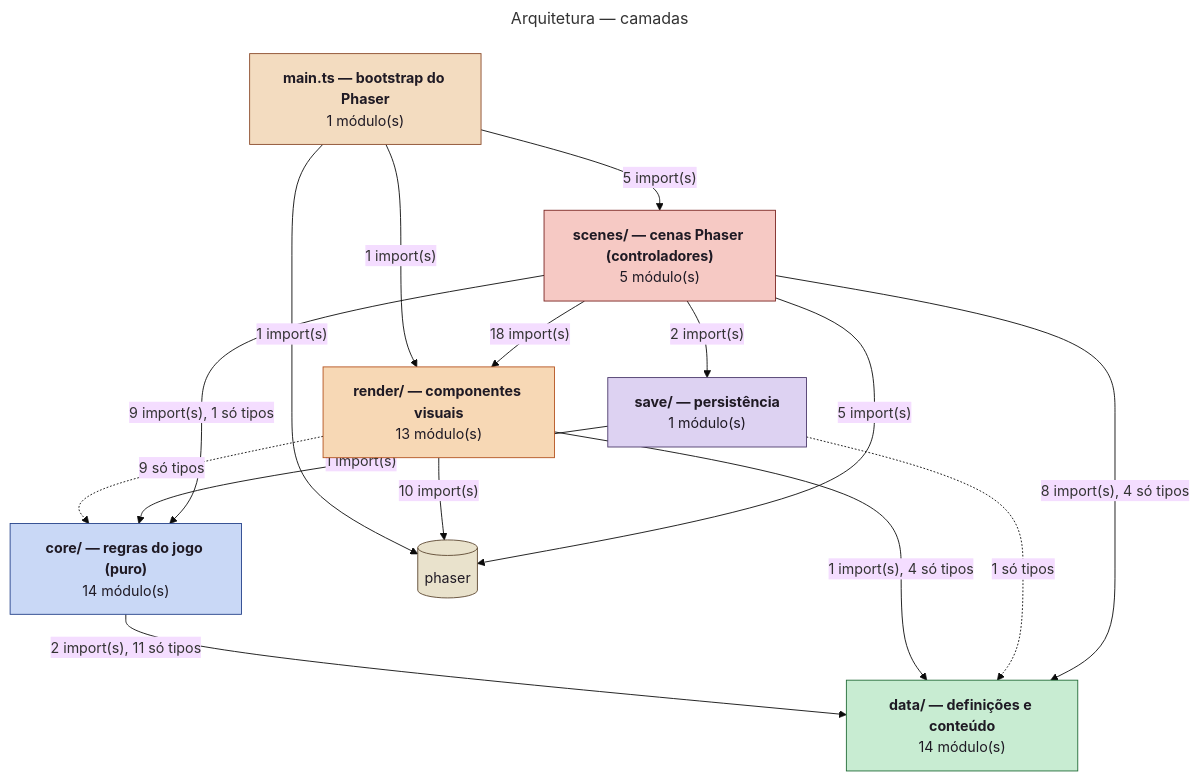
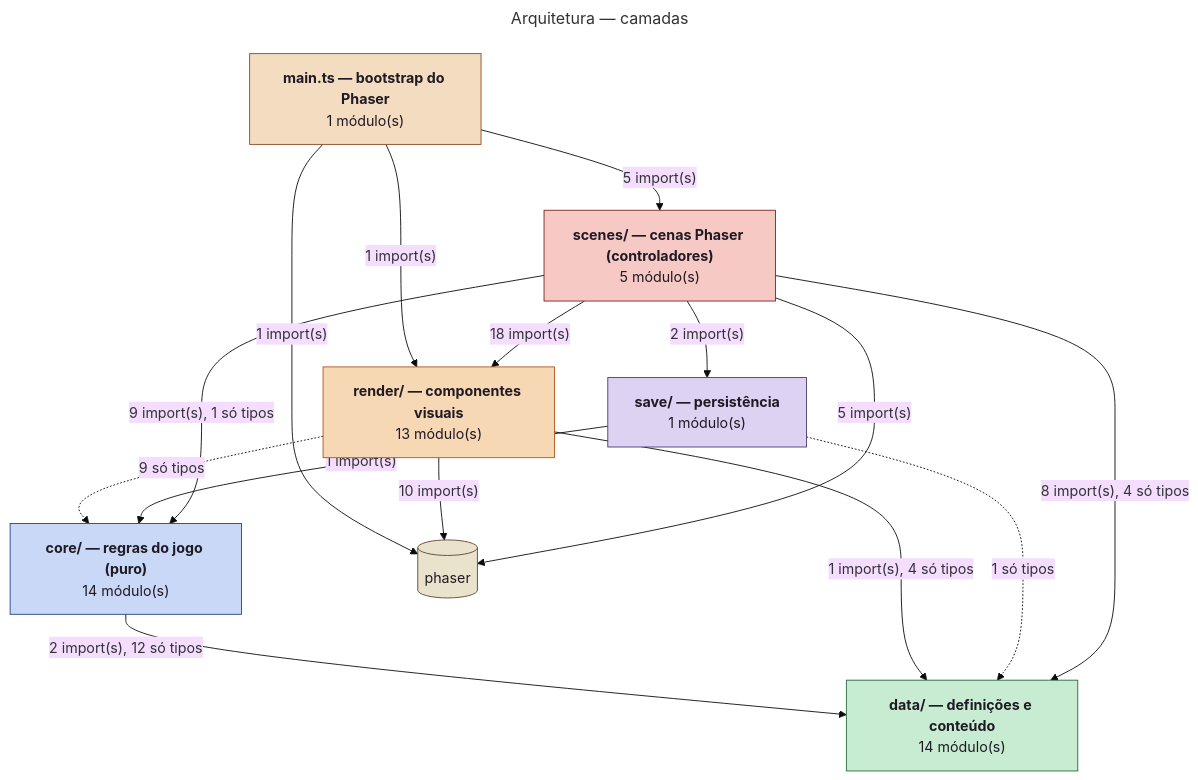
One commit to Pitossomos/fire-crest changed the first of 2 diagrams in docs/diagrams/architecture.md. Above: the diagram before and after it, drawn with Mermaid (base theme). The commit also changed 19 other files, not shown here.

````diff
--- a/docs/diagrams/architecture.md
+++ b/docs/diagrams/architecture.md
@@ -11,34 +11,34 @@
 ```mermaid
 ---
 title: Arquitetura — camadas
 ---
 flowchart TB
   app["<b>main.ts — bootstrap do Phaser</b><br/>1 módulo(s)"]:::layer_app
   scenes["<b>scenes/ — cenas Phaser (controladores)</b><br/>5 módulo(s)"]:::layer_scenes
   render["<b>render/ — componentes visuais</b><br/>13 módulo(s)"]:::layer_render
   core["<b>core/ — regras do jogo (puro)</b><br/>14 módulo(s)"]:::layer_core
   data["<b>data/ — definições e conteúdo</b><br/>14 módulo(s)"]:::layer_data
   save["<b>save/ — persistência</b><br/>1 módulo(s)"]:::layer_save
   ext_phaser[("phaser")]:::external
   app -->|"1 import(s)"| ext_phaser
   app -->|"1 import(s)"| render
   app -->|"5 import(s)"| scenes
-  core -->|"2 import(s), 11 só tipos"| data
+  core -->|"2 import(s), 12 só tipos"| data
   render -.->|"9 só tipos"| core
   render -->|"1 import(s), 4 só tipos"| data
   render -->|"10 import(s)"| ext_phaser
   save -->|"1 import(s)"| core
   save -.->|"1 só tipos"| data
   scenes -->|"9 import(s), 1 só tipos"| core
   scenes -->|"8 import(s), 4 só tipos"| data
   scenes -->|"5 import(s)"| ext_phaser
   scenes -->|"18 import(s)"| render
   scenes -->|"2 import(s)"| save
   classDef external fill:#e9e2cc,stroke:#5c4630,color:#1f1a24
   classDef layer_app fill:#f3dcc0,stroke:#8a4a2a,color:#1f1a24
   classDef layer_scenes fill:#f6c9c4,stroke:#7a2420,color:#1f1a24
   classDef layer_render fill:#f7d8b5,stroke:#b4531f,color:#1f1a24
   classDef layer_core fill:#c9d8f6,stroke:#24418a,color:#1f1a24
   classDef layer_data fill:#c8ecd2,stroke:#226b37,color:#1f1a24
   classDef layer_save fill:#ddd2f2,stroke:#4b3a6b,color:#1f1a24
 ```
````
